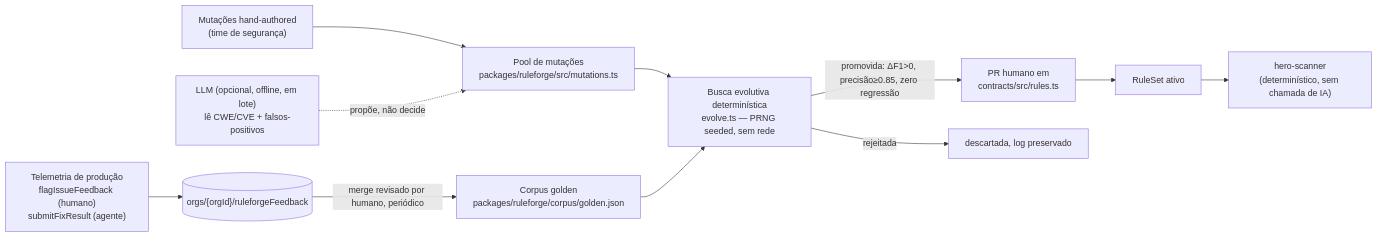
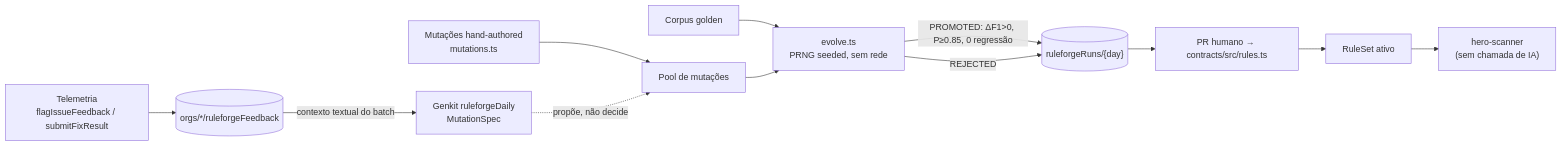
The second of 2 diagrams in docs/ARCHITECTURE.md (nbsjunior/codehero), drawn with Mermaid before and after one commit. The commit also changed other lines of this file and 34 other files, not shown here.

First line of the commit message:
feat: wire dashboard, Genkit daily ruleforge, and segregated Firebase resources

````diff
--- a/docs/ARCHITECTURE.md
+++ b/docs/ARCHITECTURE.md
@@ -110,13 +172,14 @@
 ```mermaid
 graph LR
-    TEL["Telemetria de produção<br/>flagIssueFeedback (humano)<br/>submitFixResult (agente)"] --> FS[("orgs/{orgId}/ruleforgeFeedback")]
-    FS -->|merge revisado por humano, periódico| CORPUS["Corpus golden<br/>packages/ruleforge/corpus/golden.json"]
-    HAND["Mutações hand-authored<br/>(time de segurança)"] --> POOL["Pool de mutações<br/>packages/ruleforge/src/mutations.ts"]
-    LLM["LLM (opcional, offline, em lote)<br/>lê CWE/CVE + falsos-positivos"] -.->|propõe, não decide| POOL
-    POOL --> GA["Busca evolutiva determinística<br/>evolve.ts — PRNG seeded, sem rede"]
-    CORPUS --> GA
-    GA -->|"promovida: ΔF1>0, precisão≥0.85, zero regressão"| MERGE["PR humano em<br/>contracts/src/rules.ts"]
-    GA -->|rejeitada| DROP["descartada, log preservado"]
-    MERGE --> BUNDLE["RuleSet ativo"]
-    BUNDLE --> SCANNER["hero-scanner<br/>(determinístico, sem chamada de IA)"]
+    TEL["Telemetria<br/>flagIssueFeedback / submitFixResult"] --> FB[("orgs/*/ruleforgeFeedback")]
+    FB -->|contexto textual do batch| GEN["Genkit ruleforgeDaily<br/>MutationSpec"]
+    HAND["Mutações hand-authored<br/>mutations.ts"] --> POOL["Pool de mutações"]
+    GEN -.->|propõe, não decide| POOL
+    CORPUS["Corpus golden"] --> GA["evolve.ts<br/>PRNG seeded, sem rede"]
+    POOL --> GA
+    GA -->|"PROMOTED: ΔF1>0, P≥0.85, 0 regressão"| RUNS[("ruleforgeRuns/{day}")]
+    RUNS --> PR["PR humano → contracts/src/rules.ts"]
+    GA -->|REJECTED| RUNS
+    PR --> BUNDLE["RuleSet ativo"]
+    BUNDLE --> SCAN["hero-scanner<br/>(sem chamada de IA)"]
 ```
````
